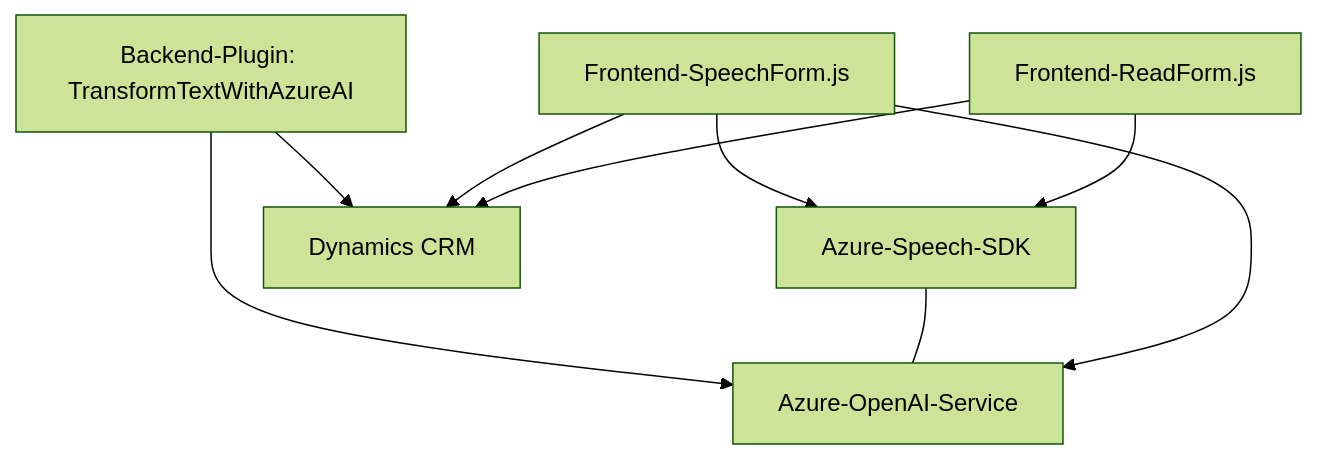
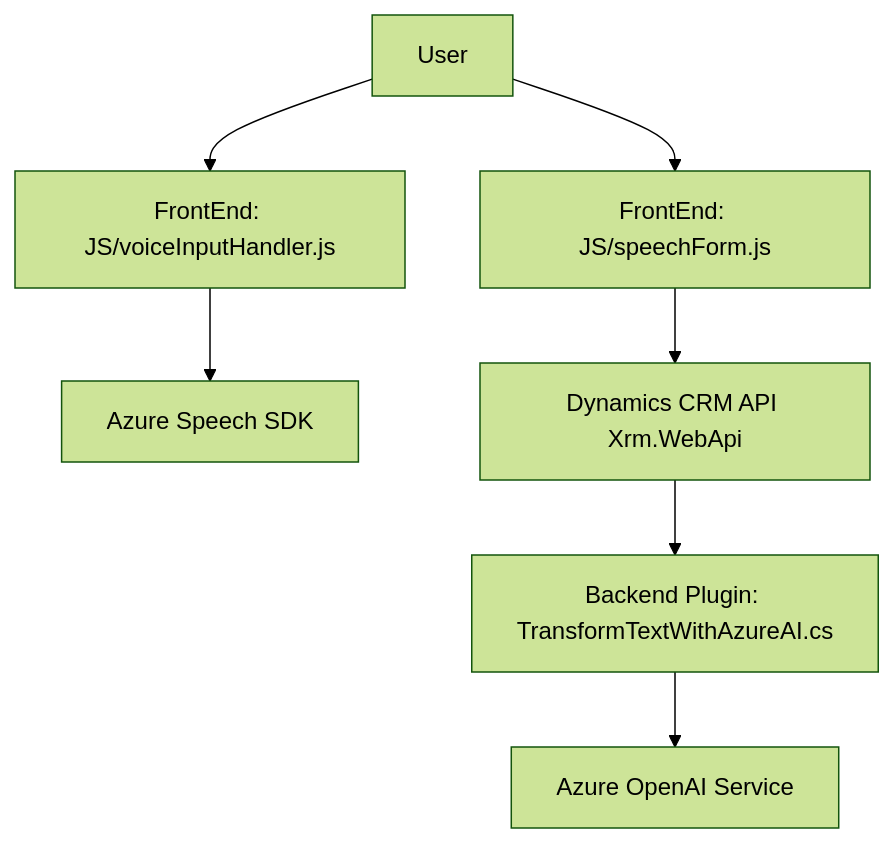
One commit to blopezdm/NETCORE_BILBAO2025 changed the diagram in README.md. Above: the diagram before and after it, drawn with Mermaid (forest theme). The commit also changed other lines of this file, not shown here.

````diff
--- a/README.md
+++ b/README.md
@@ -31,18 +53,9 @@
 ```mermaid
 graph TD
-    A["Frontend-ReadForm.js"]
-    B["Frontend-SpeechForm.js"]
-    C["Azure-Speech-SDK"]
-    D["Backend-Plugin: TransformTextWithAzureAI"]
-    E["Azure-OpenAI-Service"]
-    F["Dynamics CRM"]
-
-    A --> C
-    B --> C
-    A --> F
-    B --> F
-    B --> E
-    C --- E
-    D --> E
-    D --> F
+    A["User"] --> B["FrontEnd: JS/voiceInputHandler.js"]
+    A["User"] --> C["FrontEnd: JS/speechForm.js"]
+    B["FrontEnd: JS/voiceInputHandler.js"] --> D["Azure Speech SDK"]
+    C["FrontEnd: JS/speechForm.js"] --> E["Dynamics CRM API Xrm.WebApi"]
+    E["Dynamics CRM API Xrm.WebApi"] --> F["Backend Plugin: TransformTextWithAzureAI.cs"]
+    F["Backend Plugin: TransformTextWithAzureAI.cs"] --> G["Azure OpenAI Service"]
 ```
````
